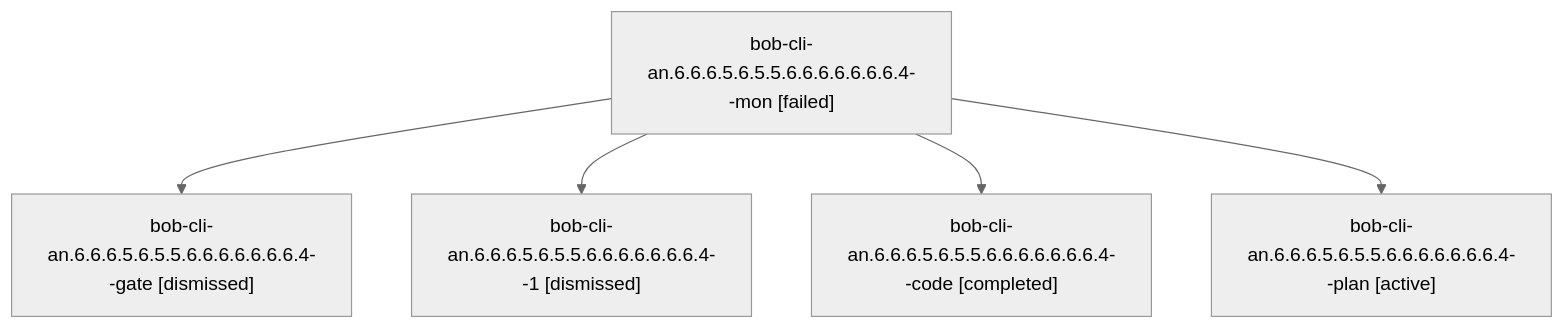
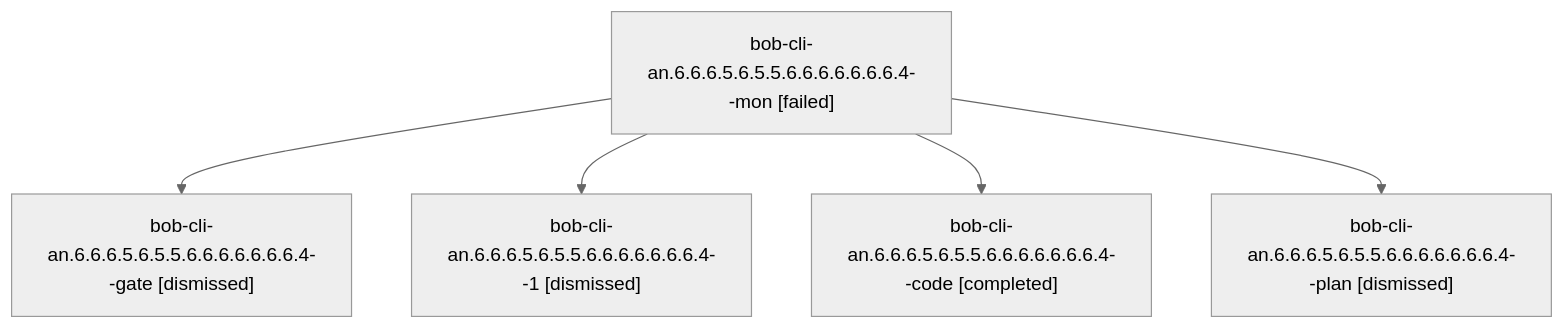
Before and after one commit to bobs-org/bob-cli--agents: the diagram in sessions/bbugyi200.athena.bob-cli-an.6.6.6.5.6.5.5.6.6.6.6.6.6.6.4.md, drawn with Mermaid (neutral theme). The commit also changed other lines of this file and 485 other files, not shown here.

````diff
--- a/sessions/bbugyi200.athena.bob-cli-an.6.6.6.5.6.5.5.6.6.6.6.6.6.6.4.md
+++ b/sessions/bbugyi200.athena.bob-cli-an.6.6.6.5.6.5.5.6.6.6.6.6.6.6.4.md
@@ -9,12 +9,12 @@
 ```mermaid
 flowchart TD
   n0["bob-cli-an.6.6.6.5.6.5.5.6.6.6.6.6.6.6.4--mon [failed]"]
   n1["bob-cli-an.6.6.6.5.6.5.5.6.6.6.6.6.6.6.4--gate [dismissed]"]
   n0 --> n1
   n2["bob-cli-an.6.6.6.5.6.5.5.6.6.6.6.6.6.6.4--1 [dismissed]"]
   n0 --> n2
   n3["bob-cli-an.6.6.6.5.6.5.5.6.6.6.6.6.6.6.4--code [completed]"]
   n0 --> n3
-  n4["bob-cli-an.6.6.6.5.6.5.5.6.6.6.6.6.6.6.4--plan [active]"]
+  n4["bob-cli-an.6.6.6.5.6.5.5.6.6.6.6.6.6.6.4--plan [dismissed]"]
   n0 --> n4
 ```
````
